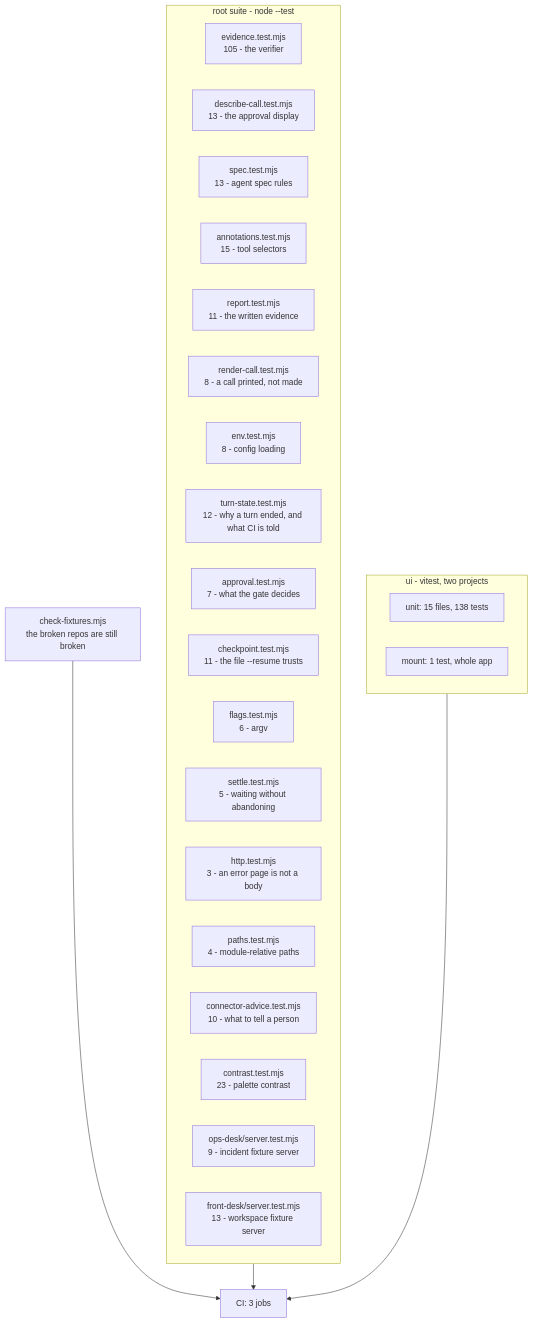
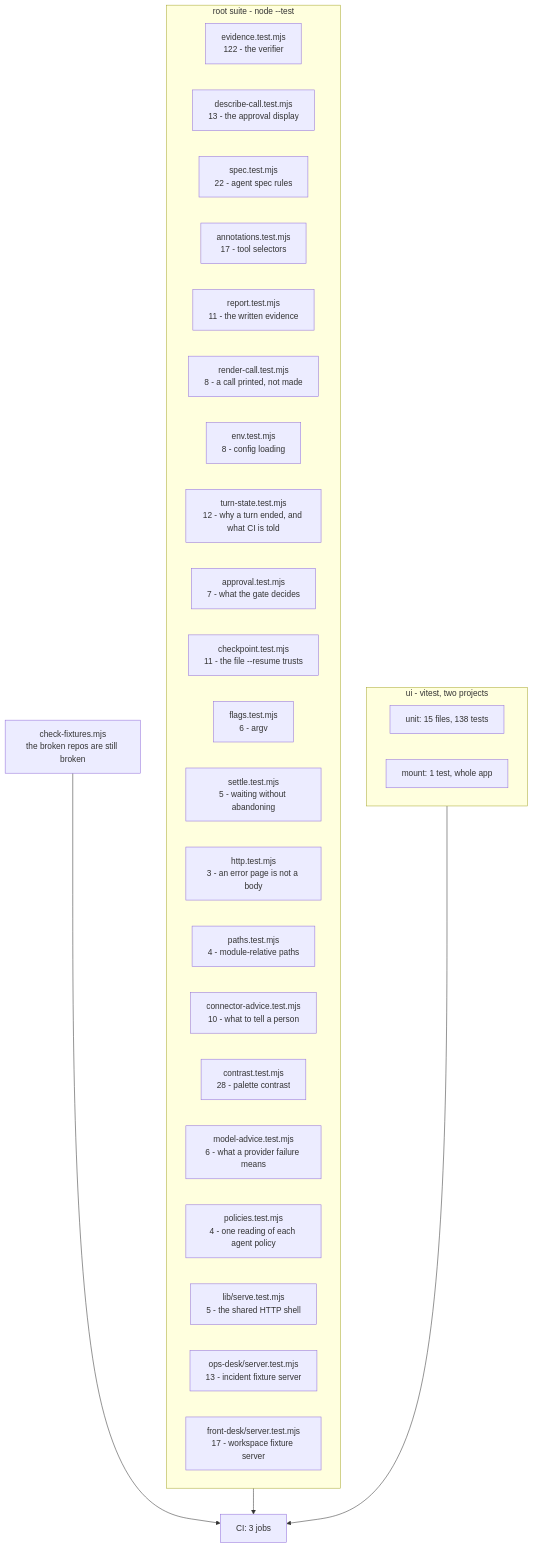
The diagram in TESTING.md (manumishra12/quartermaster), drawn with Mermaid before and after one commit. The commit also changed other lines of this file and 12 other files, not shown here.

````diff
--- a/TESTING.md
+++ b/TESTING.md
@@ -30,34 +30,37 @@
 ```mermaid
 flowchart TD
   subgraph root["root suite - node --test"]
-    EV["evidence.test.mjs<br/>105 - the verifier"]
+    EV["evidence.test.mjs<br/>122 - the verifier"]
     DC["describe-call.test.mjs<br/>13 - the approval display"]
-    SP["spec.test.mjs<br/>13 - agent spec rules"]
-    AN["annotations.test.mjs<br/>15 - tool selectors"]
+    SP["spec.test.mjs<br/>22 - agent spec rules"]
+    AN["annotations.test.mjs<br/>17 - tool selectors"]
     RP["report.test.mjs<br/>11 - the written evidence"]
     RC["render-call.test.mjs<br/>8 - a call printed, not made"]
     EN["env.test.mjs<br/>8 - config loading"]
     TS["turn-state.test.mjs<br/>12 - why a turn ended, and what CI is told"]
     AP["approval.test.mjs<br/>7 - what the gate decides"]
     CK["checkpoint.test.mjs<br/>11 - the file --resume trusts"]
     FL["flags.test.mjs<br/>6 - argv"]
     ST["settle.test.mjs<br/>5 - waiting without abandoning"]
     HT["http.test.mjs<br/>3 - an error page is not a body"]
     PA["paths.test.mjs<br/>4 - module-relative paths"]
     CA["connector-advice.test.mjs<br/>10 - what to tell a person"]
-    CO["contrast.test.mjs<br/>23 - palette contrast"]
-    OD["ops-desk/server.test.mjs<br/>9 - incident fixture server"]
-    FD["front-desk/server.test.mjs<br/>13 - workspace fixture server"]
+    CO["contrast.test.mjs<br/>28 - palette contrast"]
+    MA["model-advice.test.mjs<br/>6 - what a provider failure means"]
+    PO["policies.test.mjs<br/>4 - one reading of each agent policy"]
+    SV["lib/serve.test.mjs<br/>5 - the shared HTTP shell"]
+    OD["ops-desk/server.test.mjs<br/>13 - incident fixture server"]
+    FD["front-desk/server.test.mjs<br/>17 - workspace fixture server"]
   end
 
   subgraph ui["ui - vitest, two projects"]
     U1["unit: 15 files, 138 tests"]
     U2["mount: 1 test, whole app"]
   end
 
   FX["check-fixtures.mjs<br/>the broken repos are still broken"]
 
   root --> CI["CI: 3 jobs"]
   ui --> CI
   FX --> CI
 ```
````
